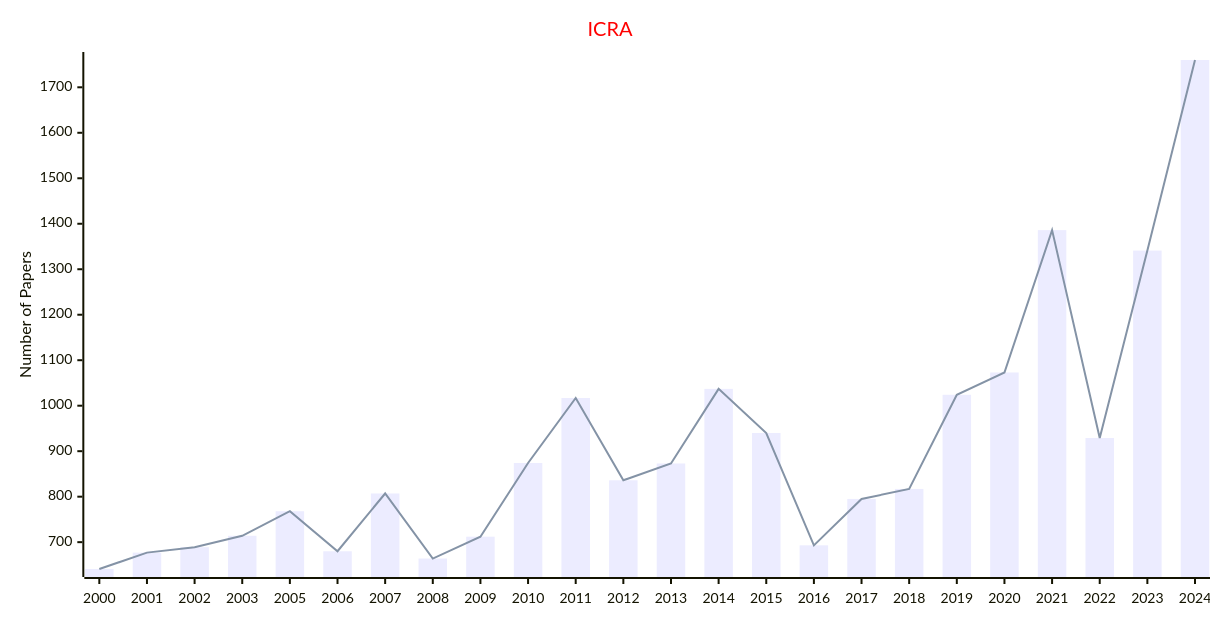
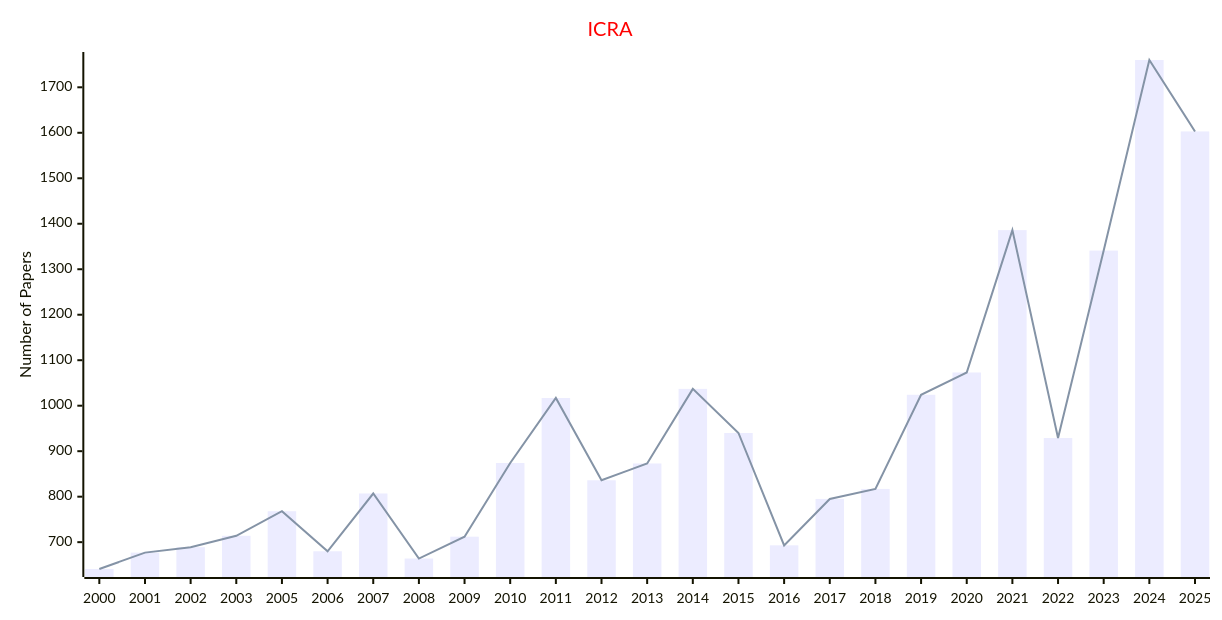
Before and after one commit to Easy-PhD/AILinks: the first of 3 diagrams in docs/data/Conferences/Statistics_Conferences/Robotics_and_UAV.md, drawn with Mermaid. The commit also changed 32 other files, not shown here.

````diff
--- a/docs/data/Conferences/Statistics_Conferences/Robotics_and_UAV.md
+++ b/docs/data/Conferences/Statistics_Conferences/Robotics_and_UAV.md
@@ -9,17 +9,17 @@
 ```mermaid
 ---
 config:
     xyChart:
         width: 1200
         height: 600
     themeVariables:
         xyChart:
             titleColor: "#ff0000"
 ---
 xychart-beta
     title "ICRA"
-    x-axis [2000, 2001, 2002, 2003, 2005, 2006, 2007, 2008, 2009, 2010, 2011, 2012, 2013, 2014, 2015, 2016, 2017, 2018, 2019, 2020, 2021, 2022, 2023, 2024]
+    x-axis [2000, 2001, 2002, 2003, 2005, 2006, 2007, 2008, 2009, 2010, 2011, 2012, 2013, 2014, 2015, 2016, 2017, 2018, 2019, 2020, 2021, 2022, 2023, 2024, 2025]
     y-axis "Number of Papers"
-    bar [641, 677, 689, 714, 768, 680, 807, 664, 712, 874, 1017, 836, 873, 1037, 940, 693, 795, 817, 1024, 1073, 1386, 929, 1341, 1760]
-    line [641, 677, 689, 714, 768, 680, 807, 664, 712, 874, 1017, 836, 873, 1037, 940, 693, 795, 817, 1024, 1073, 1386, 929, 1341, 1760]
+    bar [641, 677, 689, 714, 768, 680, 807, 664, 712, 874, 1017, 836, 873, 1037, 940, 693, 795, 817, 1024, 1073, 1386, 929, 1341, 1760, 1603]
+    line [641, 677, 689, 714, 768, 680, 807, 664, 712, 874, 1017, 836, 873, 1037, 940, 693, 795, 817, 1024, 1073, 1386, 929, 1341, 1760, 1603]
 ```
````
